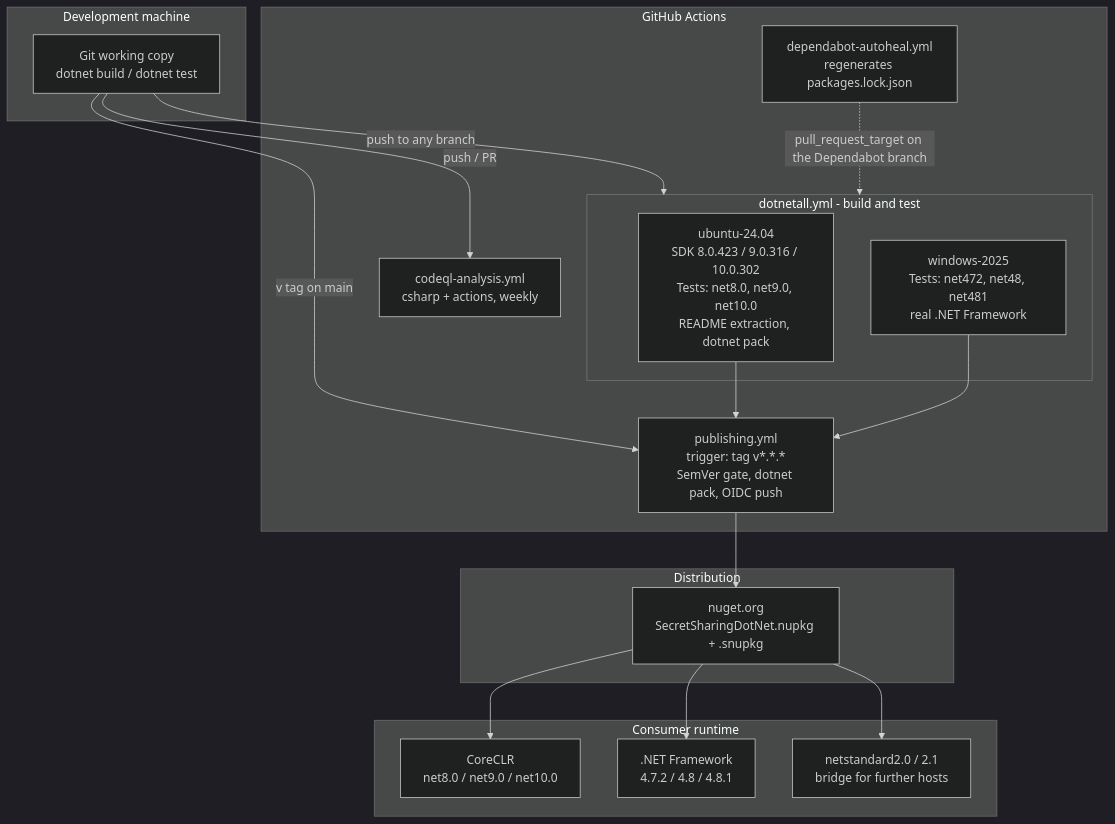
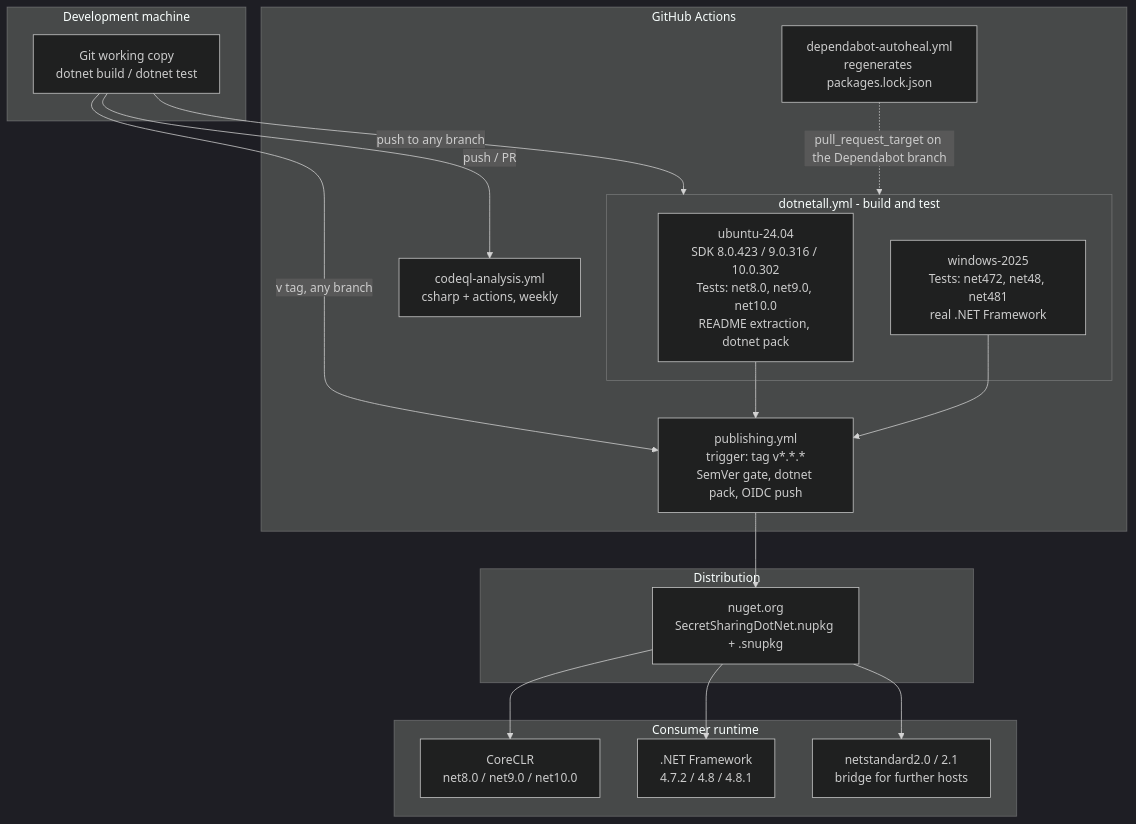
The tenth of 10 diagrams in docs/architecture/arc42.en.md (shinji-san/SecretSharingDotNet), drawn with Mermaid (dark theme) before and after one commit. The commit also changed other lines of this file and 1 other file, not shown here.

````diff
--- a/docs/architecture/arc42.en.md
+++ b/docs/architecture/arc42.en.md
@@ -559,37 +572,37 @@
 ```mermaid
 flowchart TD
     subgraph dev["Development machine"]
         repo["Git working copy<br/>dotnet build / dotnet test"]
     end
 
     subgraph gh["GitHub Actions"]
         subgraph ci["dotnetall.yml - build and test"]
             ubuntu["ubuntu-24.04<br/>SDK 8.0.423 / 9.0.316 / 10.0.302<br/>Tests: net8.0, net9.0, net10.0<br/>README extraction, dotnet pack"]
             windows["windows-2025<br/>Tests: net472, net48, net481<br/>real .NET Framework"]
         end
         codeql["codeql-analysis.yml<br/>csharp + actions, weekly"]
         autoheal["dependabot-autoheal.yml<br/>regenerates packages.lock.json"]
         publish["publishing.yml<br/>trigger: tag v*.*.*<br/>SemVer gate, dotnet pack, OIDC push"]
     end
 
     subgraph dist["Distribution"]
         nuget["nuget.org<br/>SecretSharingDotNet.nupkg + .snupkg"]
     end
 
     subgraph runtime["Consumer runtime"]
         netcore["CoreCLR<br/>net8.0 / net9.0 / net10.0"]
         netfx[".NET Framework<br/>4.7.2 / 4.8 / 4.8.1"]
         netstd["netstandard2.0 / 2.1<br/>bridge for further hosts"]
     end
 
     repo -->|push to any branch| ci
     repo -->|push / PR| codeql
-    repo -->|v tag on main| publish
+    repo -->|v tag, any branch| publish
     ubuntu --> publish
     windows --> publish
     publish --> nuget
     autoheal -.->|pull_request_target on the Dependabot branch| ci
     nuget --> netcore
     nuget --> netfx
     nuget --> netstd
 ```
````
